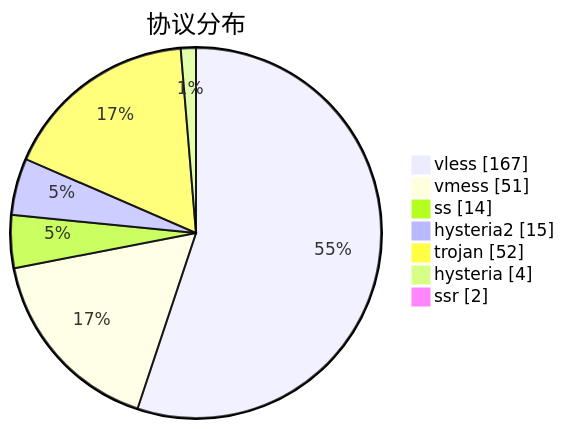
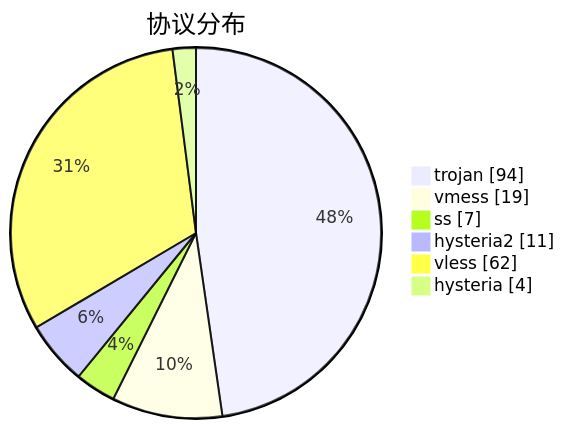
The third of 3 diagrams in subs/statistics/tested_within.md (sinspired/airport), drawn with Mermaid before and after one commit. The commit also changed other lines of this file and 2 other files, not shown here.

````diff
--- a/subs/statistics/tested_within.md
+++ b/subs/statistics/tested_within.md
@@ -40,11 +32,10 @@
 ```mermaid
 pie showData
 title 协议分布
-"vless" : 167
-"vmess" : 51
-"ss" : 14
-"hysteria2" : 15
-"trojan" : 52
+"trojan" : 94
+"vmess" : 19
+"ss" : 7
+"hysteria2" : 11
+"vless" : 62
 "hysteria" : 4
-"ssr" : 2
 ```
````
